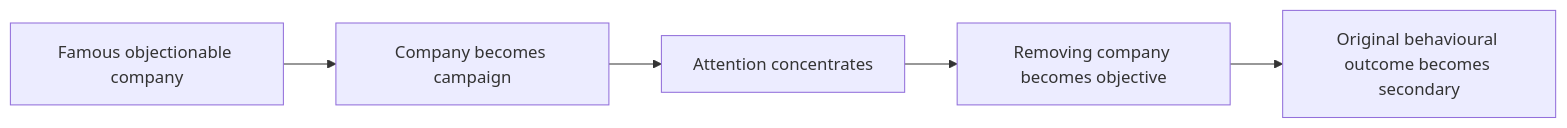
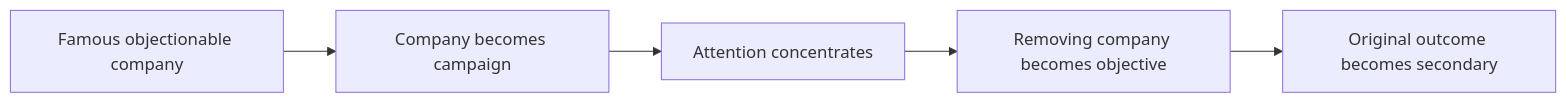
Before and after one commit to josefsbreakfast/Polaris-Protocol: the second of 14 diagrams in 🌓_3_In_The_Moment/📲_Press_Matters/🇵🇸_Palestine_Factchecking/🌍_Global_Powers/💸_incentivising_behavioural_change_and_bds.md, drawn with Mermaid. The commit also changed other lines of this file, not shown here.

````diff
--- a/🌓_3_In_The_Moment/📲_Press_Matters/🇵🇸_Palestine_Factchecking/🌍_Global_Powers/💸_incentivising_behavioural_change_and_bds.md
+++ b/🌓_3_In_The_Moment/📲_Press_Matters/🇵🇸_Palestine_Factchecking/🌍_Global_Powers/💸_incentivising_behavioural_change_and_bds.md
@@ -52,8 +37,8 @@
 ```mermaid
 flowchart LR
     A[Famous objectionable company]
     --> B[Company becomes campaign]
     --> C[Attention concentrates]
     --> D[Removing company becomes objective]
-    --> E[Original behavioural outcome becomes secondary]
+    --> E[Original outcome becomes secondary]
 ```
````
